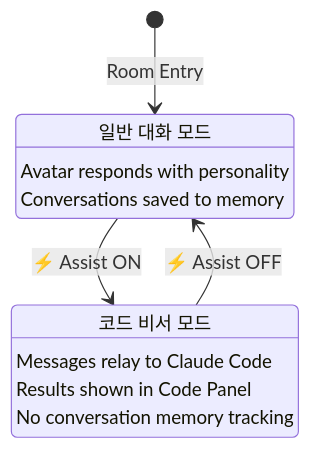
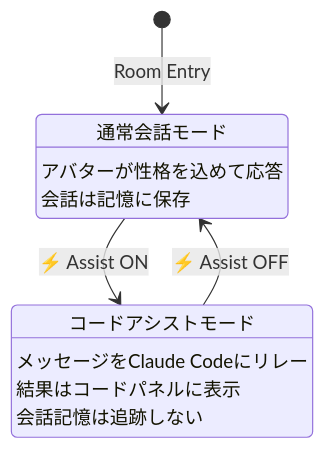
Before and after one commit to nskit-io/nvatar-code-assist: the fourth of 5 diagrams in docs/README_JA.md, drawn with Mermaid. The commit also changed 1 other file, not shown here.

Commit message:
fix: translate Mermaid state diagram labels (KO→JA/ZH)

````diff
--- a/docs/README_JA.md
+++ b/docs/README_JA.md
@@ -110,15 +110,15 @@
 ```mermaid
 stateDiagram-v2
     [*] --> NormalMode: Room Entry
     NormalMode --> AssistMode: ⚡ Assist ON
     AssistMode --> NormalMode: ⚡ Assist OFF
 
-    NormalMode: 일반 대화 모드
-    NormalMode: Avatar responds with personality
-    NormalMode: Conversations saved to memory
+    NormalMode: 通常会話モード
+    NormalMode: アバターが性格を込めて応答
+    NormalMode: 会話は記憶に保存
 
-    AssistMode: 코드 비서 모드
-    AssistMode: Messages relay to Claude Code
-    AssistMode: Results shown in Code Panel
-    AssistMode: No conversation memory tracking
+    AssistMode: コードアシストモード
+    AssistMode: メッセージをClaude Codeにリレー
+    AssistMode: 結果はコードパネルに表示
+    AssistMode: 会話記憶は追跡しない
 ```
````
